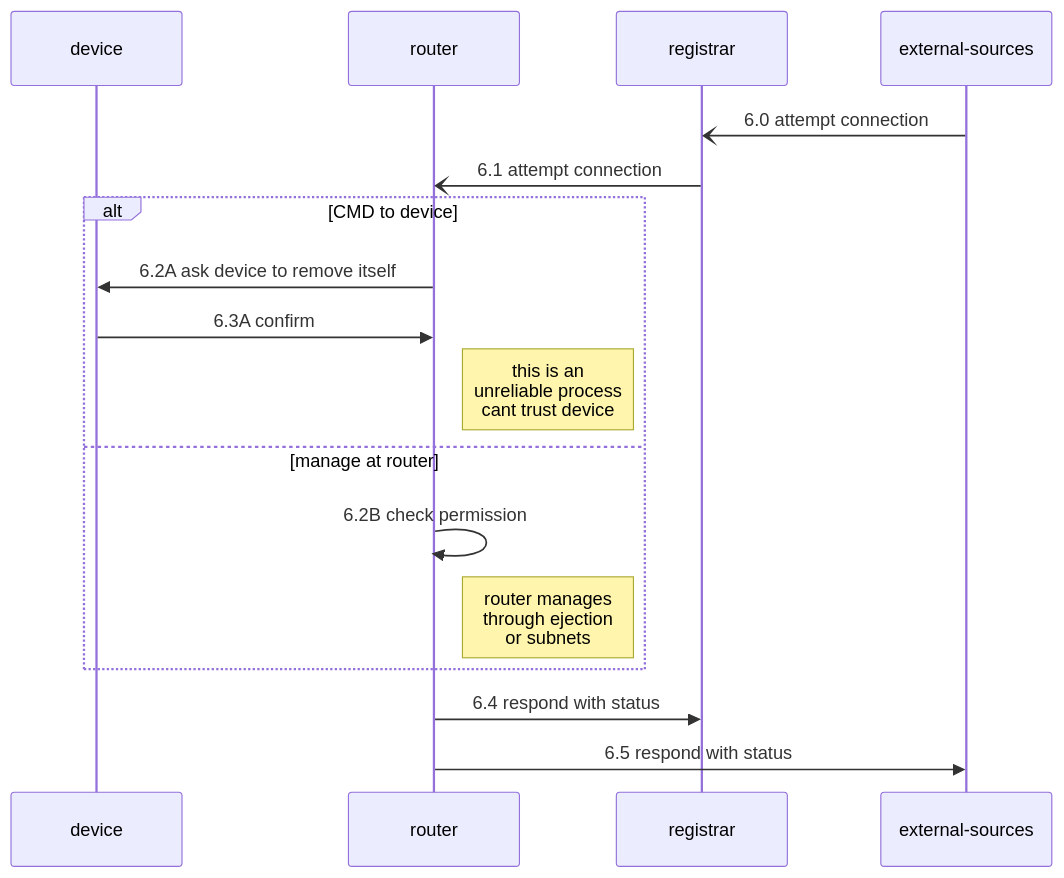
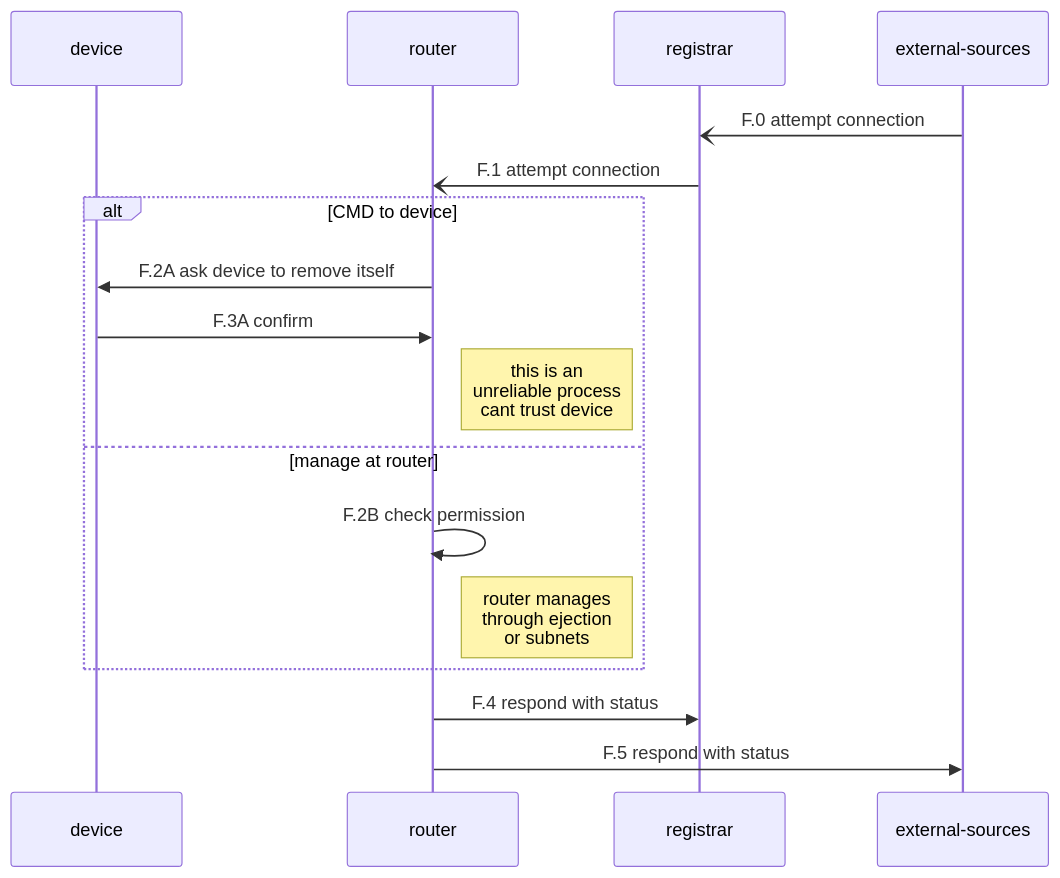
The sixth of 6 diagrams in packages/docusaurus/docs/build5-docs/20-prot overview.md (nqminds/trustnetz), drawn with Mermaid before and after one commit. The commit also changed other lines of this file and 33 other files, not shown here.

````diff
--- a/packages/docusaurus/docs/build5-docs/20-prot overview.md
+++ b/packages/docusaurus/docs/build5-docs/20-prot overview.md
@@ -348,30 +347,30 @@
 ```mermaid
 
     
 sequenceDiagram
     participant device
     participant router
     participant registrar
     participant external-sources 
  
-    external-sources -)registrar: 6.0 attempt connection
-    registrar-)router: 6.1 attempt connection
+    external-sources -)registrar: F.0 attempt connection
+    registrar-)router:F.1 attempt connection
     
     alt CMD to device
-		router->>device: 6.2A ask device to remove itself
-		device->>router: 6.3A confirm
+		router->>device: F.2A ask device to remove itself
+		device->>router: F.3A confirm
 		note right of router: this is an <br>unreliable process<br>cant trust device
 		
 	else manage at router
-		router->>router: 6.2B check permission
+		router->>router: F.2B check permission
 		note right of router: router manages<br> through ejection<br> or subnets
 	
 	end
      
     
-    router->>registrar: 6.4 respond with status
-    router->>external-sources: 6.5 respond with status
+    router->>registrar: F.4 respond with status
+    router->>external-sources: F.5 respond with status
     
    
 
 ```
````
